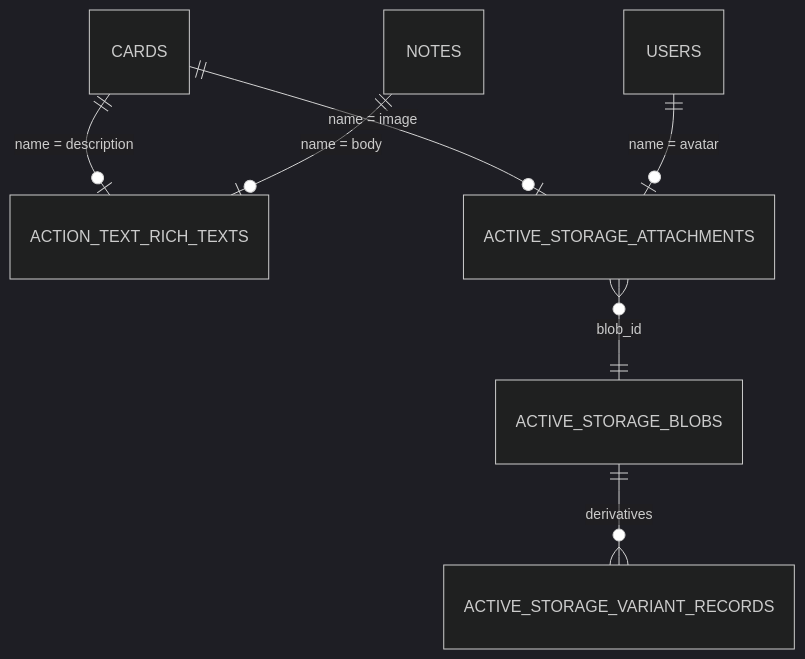
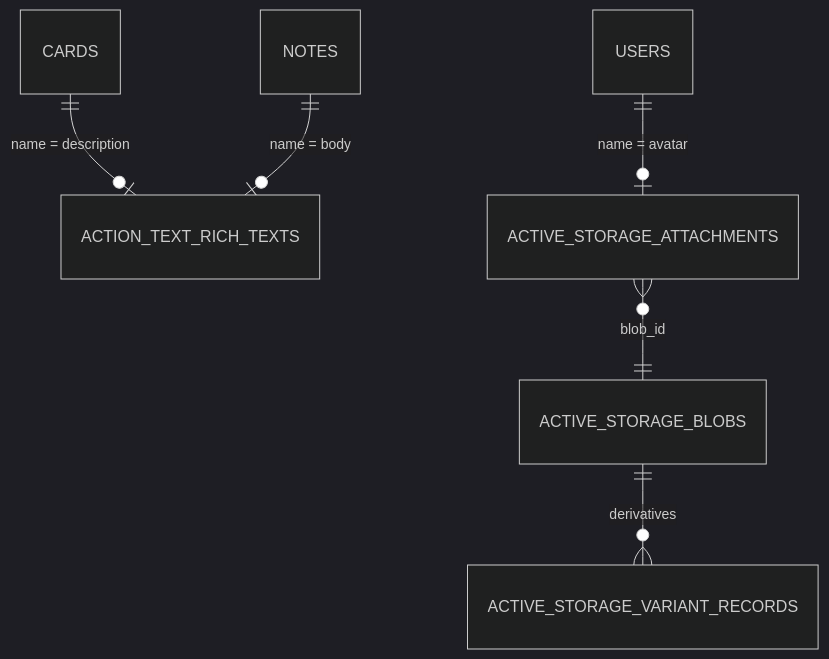
One commit to nexusaicodes/mudda changed the fourth of 5 diagrams in ERD.md. Above: the diagram before and after it, drawn with Mermaid (dark theme). The commit also changed other lines of this file and 239 other files, not shown here.

First line of the commit message:
Re-center the schema on users and boards, on integer keys (#17)

````diff
--- a/ERD.md
+++ b/ERD.md
@@ -368,9 +312,8 @@
 ```mermaid
 erDiagram
     CARDS ||--o| ACTION_TEXT_RICH_TEXTS : "name = description"
     NOTES ||--o| ACTION_TEXT_RICH_TEXTS : "name = body"
-    CARDS ||--o| ACTIVE_STORAGE_ATTACHMENTS : "name = image"
     USERS ||--o| ACTIVE_STORAGE_ATTACHMENTS : "name = avatar"
     ACTIVE_STORAGE_ATTACHMENTS }o--|| ACTIVE_STORAGE_BLOBS : "blob_id"
     ACTIVE_STORAGE_BLOBS ||--o{ ACTIVE_STORAGE_VARIANT_RECORDS : "derivatives"
 ```
````
